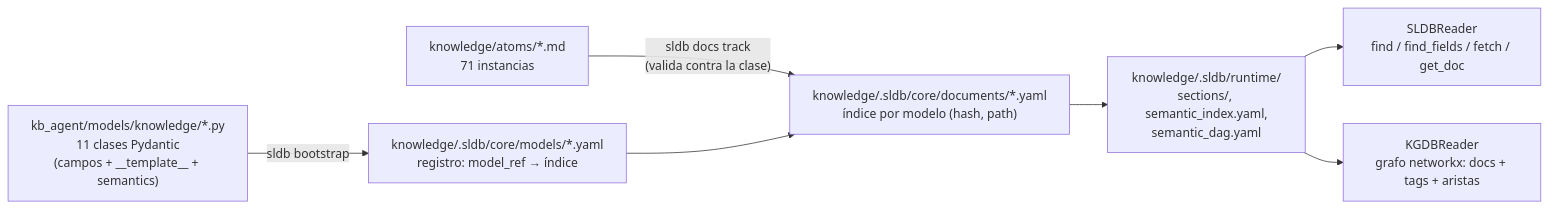
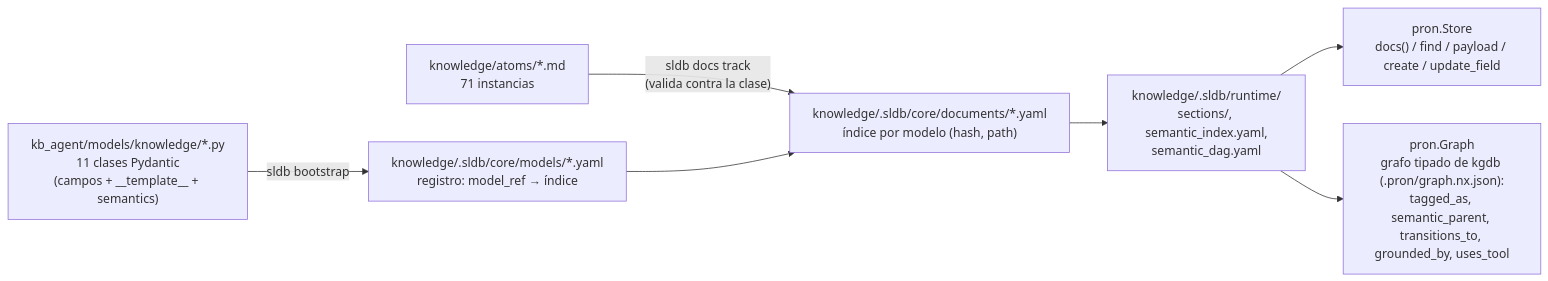
Before and after one commit to jpcosec/conversational-agent-arch: the first of 3 diagrams in docs/KNOWLEDGE-MODEL.md, drawn with Mermaid. The commit also changed other lines of this file and 2 other files, not shown here.

First line of the commit message:
docs: KNOWLEDGE-MODEL, AGENT-CONTRACTS y deploy/README reflejan la migracion a kgdb/sldb/pron

````diff
--- a/docs/KNOWLEDGE-MODEL.md
+++ b/docs/KNOWLEDGE-MODEL.md
@@ -52,17 +80,17 @@
 ```mermaid
 flowchart LR
     PY["kb_agent/models/knowledge/*.py<br/>11 clases Pydantic<br/>(campos + __template__ + semantics)"]
     REG["knowledge/.sldb/core/models/*.yaml<br/>registro: model_ref → índice"]
     MD["knowledge/atoms/*.md<br/>71 instancias"]
     IDX["knowledge/.sldb/core/documents/*.yaml<br/>índice por modelo (hash, path)"]
     RT["knowledge/.sldb/runtime/<br/>sections/, semantic_index.yaml,<br/>semantic_dag.yaml"]
-    SLDB["SLDBReader<br/>find / find_fields / fetch / get_doc"]
-    KGDB["KGDBReader<br/>grafo networkx: docs + tags + aristas"]
+    SLDB["pron.Store<br/>docs() / find / payload / create / update_field"]
+    KGDB["pron.Graph<br/>grafo tipado de kgdb (.pron/graph.nx.json):<br/>tagged_as, semantic_parent, transitions_to, grounded_by, uses_tool"]
 
     PY -->|"sldb bootstrap"| REG
     MD -->|"sldb docs track<br/>(valida contra la clase)"| IDX
     REG --> IDX
     IDX --> RT
     RT --> SLDB
     RT --> KGDB
 ```
````
